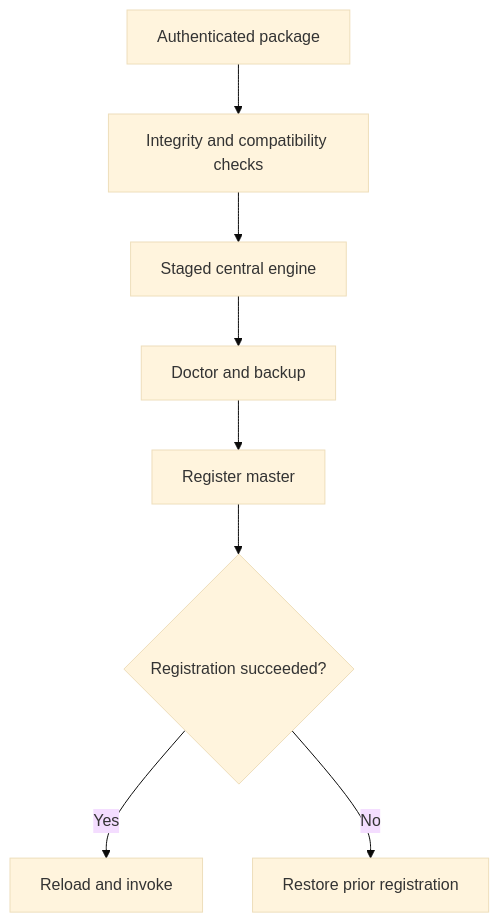
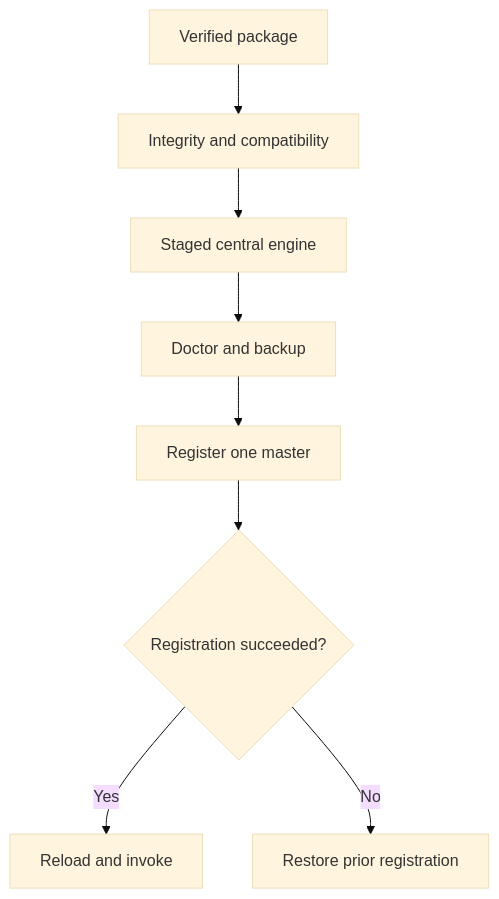
One commit to AlMagrhibi/-NorthStar-RE- changed the second of 2 diagrams in docs/architecture/overview.md. Above: the diagram before and after it, drawn with Mermaid (base theme). The commit also changed other lines of this file, not shown here.

Commit message:
Implement approved orchestration architecture and capability discovery

````diff
--- a/docs/architecture/overview.md
+++ b/docs/architecture/overview.md
@@ -17,10 +33,10 @@
 ```mermaid
 flowchart TD
- A["Authenticated package"] --> B["Integrity and compatibility checks"]
+ A["Verified package"] --> B["Integrity and compatibility"]
  B --> C["Staged central engine"]
  C --> D["Doctor and backup"]
- D --> E["Register master"]
+ D --> E["Register one master"]
  E --> F{"Registration succeeded?"}
  F -->|Yes| G["Reload and invoke"]
  F -->|No| H["Restore prior registration"]
 ```
````
